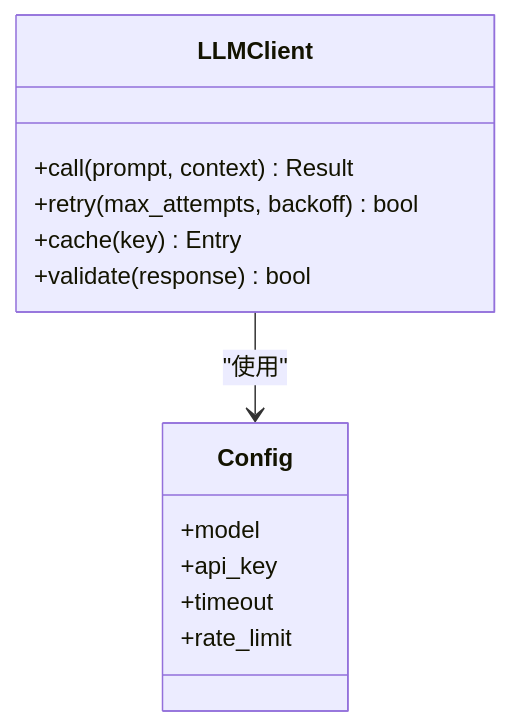
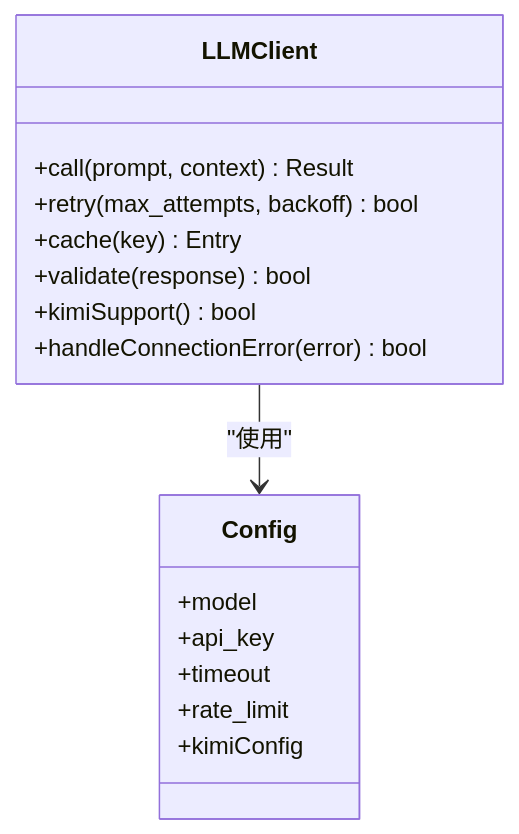
Before and after one commit to PengFan001/Jirin: the fourth of 9 diagrams in .qoder/repowiki/zh/content/核心架构设计/LLM客户端系统.md, drawn with Mermaid. The commit also changed other lines of this file and 20 other files, not shown here.

````diff
--- a/.qoder/repowiki/zh/content/核心架构设计/LLM客户端系统.md
+++ b/.qoder/repowiki/zh/content/核心架构设计/LLM客户端系统.md
@@ -239,16 +257,19 @@
 ```mermaid
 classDiagram
 class LLMClient {
 +call(prompt, context) Result
 +retry(max_attempts, backoff) bool
 +cache(key) Entry
 +validate(response) bool
++kimiSupport() bool
++handleConnectionError(error) bool
 }
 class Config {
 +model
 +api_key
 +timeout
 +rate_limit
++kimiConfig
 }
 LLMClient --> Config : "使用"
 ```
````
